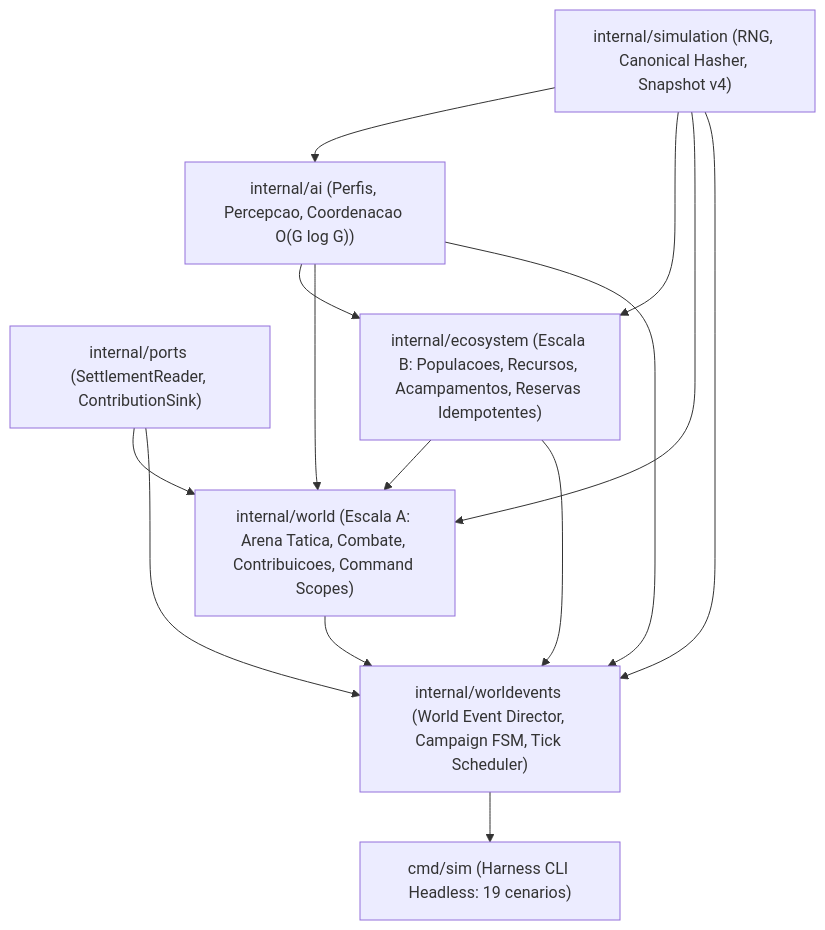
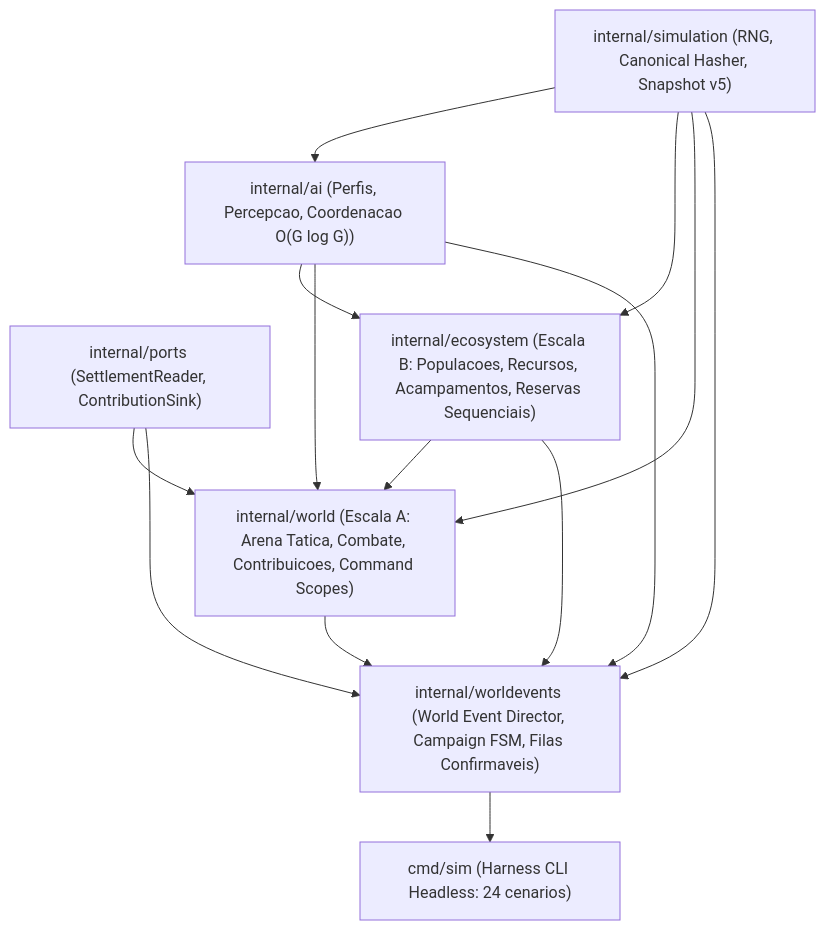
One commit to LuanGabriel12/ascendra-game changed the diagram in docs/worldevents/WORLD_EVENT_DIRECTOR.md. Above: the diagram before and after it, drawn with Mermaid. The commit also changed other lines of this file and 6 other files, not shown here.

Commit message:
docs(neon): finalize cycle 04 recovery audit, backpressure architecture, baseline, and handoff

````diff
--- a/docs/worldevents/WORLD_EVENT_DIRECTOR.md
+++ b/docs/worldevents/WORLD_EVENT_DIRECTOR.md
@@ -11,24 +11,24 @@
 ```mermaid
 flowchart TD
-    SIM["internal/simulation (RNG, Canonical Hasher, Snapshot v4)"]
+    SIM["internal/simulation (RNG, Canonical Hasher, Snapshot v5)"]
     PORTS["internal/ports (SettlementReader, ContributionSink)"]
     AI["internal/ai (Perfis, Percepcao, Coordenacao O(G log G))"]
-    ECO["internal/ecosystem (Escala B: Populacoes, Recursos, Acampamentos, Reservas Idempotentes)"]
+    ECO["internal/ecosystem (Escala B: Populacoes, Recursos, Acampamentos, Reservas Sequenciais)"]
     WLD["internal/world (Escala A: Arena Tatica, Combate, Contribuicoes, Command Scopes)"]
-    WEV["internal/worldevents (World Event Director, Campaign FSM, Tick Scheduler)"]
-    CLI["cmd/sim (Harness CLI Headless: 19 cenarios)"]
+    WEV["internal/worldevents (World Event Director, Campaign FSM, Filas Confirmaveis)"]
+    CLI["cmd/sim (Harness CLI Headless: 24 cenarios)"]
 
     SIM --> AI
     SIM --> ECO
     SIM --> WLD
     SIM --> WEV
     PORTS --> WLD
     PORTS --> WEV
     AI --> ECO
     AI --> WLD
     AI --> WEV
     ECO --> WLD
     ECO --> WEV
     WLD --> WEV
     WEV --> CLI
 ```
````
